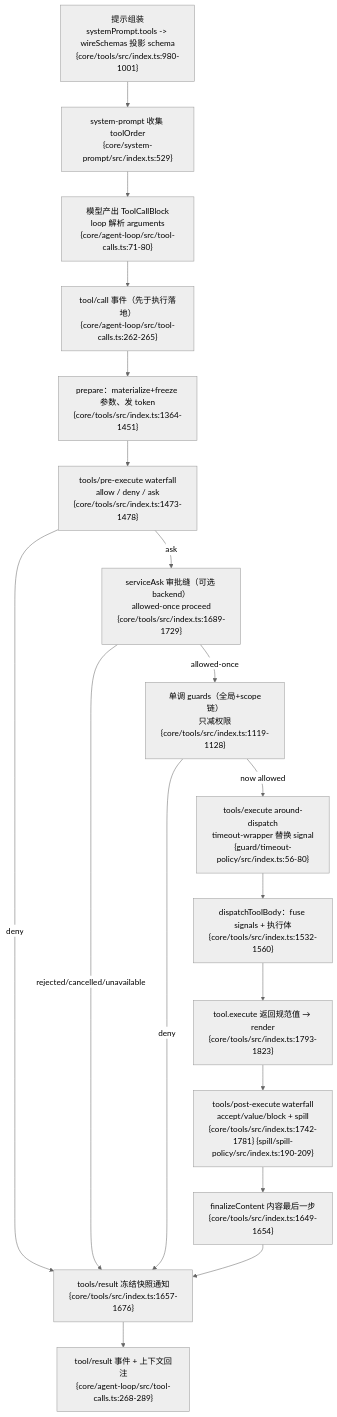
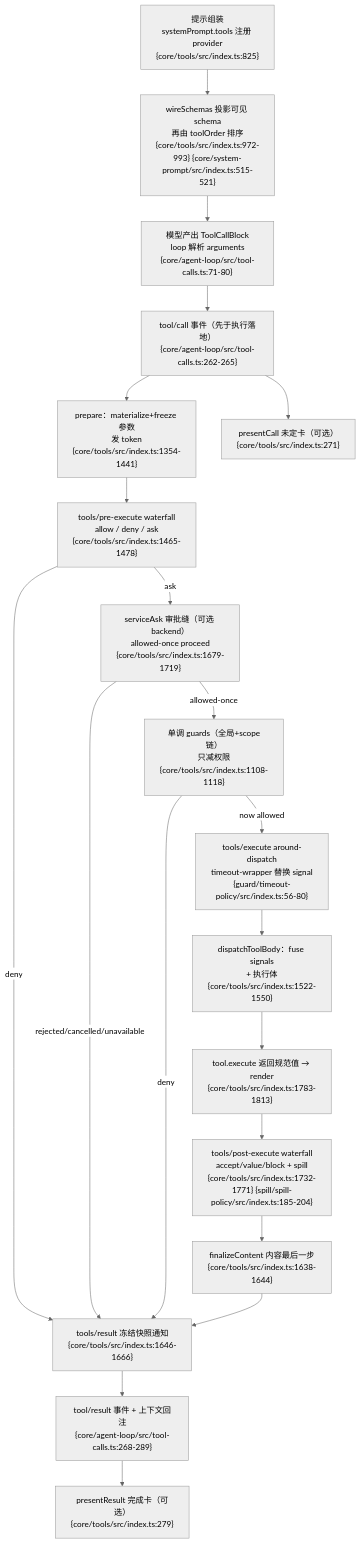
One commit to morehao/oss-insights changed the diagram in ai-agent/deepseek-harness/tools.md. Above: the diagram before and after it, drawn with Mermaid (neutral theme). The commit also changed other lines of this file and 27 other files, not shown here.

````diff
--- a/ai-agent/deepseek-harness/tools.md
+++ b/ai-agent/deepseek-harness/tools.md
@@ -124,27 +114,31 @@
 ```mermaid
 flowchart TD
-  A["提示组装<br>systemPrompt.tools -> wireSchemas 投影 schema<br>{core/tools/src/index.ts:980-1001}"]
-  B["system-prompt 收集 toolOrder<br>{core/system-prompt/src/index.ts:529}"]
+  A["提示组装<br>systemPrompt.tools 注册 provider<br>{core/tools/src/index.ts:825}"]
+  B["wireSchemas 投影可见 schema<br>再由 toolOrder 排序<br>{core/tools/src/index.ts:972-993} {core/system-prompt/src/index.ts:515-521}"]
   C["模型产出 ToolCallBlock<br>loop 解析 arguments<br>{core/agent-loop/src/tool-calls.ts:71-80}"]
   D["tool/call 事件（先于执行落地）<br>{core/agent-loop/src/tool-calls.ts:262-265}"]
-  E["prepare：materialize+freeze 参数、发 token<br>{core/tools/src/index.ts:1364-1451}"]
-  F["tools/pre-execute waterfall<br>allow / deny / ask<br>{core/tools/src/index.ts:1473-1478}"]
-  G["serviceAsk 审批缝（可选 backend）<br>allowed-once proceed<br>{core/tools/src/index.ts:1689-1729}"]
-  H["单调 guards（全局+scope链）<br>只减权限<br>{core/tools/src/index.ts:1119-1128}"]
+  E["prepare：materialize+freeze 参数<br>发 token<br>{core/tools/src/index.ts:1354-1441}"]
+  F["tools/pre-execute waterfall<br>allow / deny / ask<br>{core/tools/src/index.ts:1465-1478}"]
+  G["serviceAsk 审批缝（可选 backend）<br>allowed-once proceed<br>{core/tools/src/index.ts:1679-1719}"]
+  H["单调 guards（全局+scope链）<br>只减权限<br>{core/tools/src/index.ts:1108-1118}"]
   I["tools/execute around-dispatch<br>timeout-wrapper 替换 signal<br>{guard/timeout-policy/src/index.ts:56-80}"]
-  J["dispatchToolBody：fuse signals + 执行体<br>{core/tools/src/index.ts:1532-1560}"]
-  K["tool.execute 返回规范值 → render<br>{core/tools/src/index.ts:1793-1823}"]
-  L["tools/post-execute waterfall<br>accept/value/block + spill<br>{core/tools/src/index.ts:1742-1781} {spill/spill-policy/src/index.ts:190-209}"]
-  M["finalizeContent 内容最后一步<br>{core/tools/src/index.ts:1649-1654}"]
-  N["tools/result 冻结快照通知<br>{core/tools/src/index.ts:1657-1676}"]
+  J["dispatchToolBody：fuse signals<br>+ 执行体<br>{core/tools/src/index.ts:1522-1550}"]
+  K["tool.execute 返回规范值 → render<br>{core/tools/src/index.ts:1783-1813}"]
+  L["tools/post-execute waterfall<br>accept/value/block + spill<br>{core/tools/src/index.ts:1732-1771} {spill/spill-policy/src/index.ts:185-204}"]
+  M["finalizeContent 内容最后一步<br>{core/tools/src/index.ts:1638-1644}"]
+  N["tools/result 冻结快照通知<br>{core/tools/src/index.ts:1646-1666}"]
   O["tool/result 事件 + 上下文回注<br>{core/agent-loop/src/tool-calls.ts:268-289}"]
+  P["presentCall 未定卡（可选）<br>{core/tools/src/index.ts:271}"]
+  Q["presentResult 完成卡（可选）<br>{core/tools/src/index.ts:279}"]
   A --> B --> C --> D --> E --> F
+  D --> P
   F -->|ask| G
   F -->|deny| N
   G -->|allowed-once| H
   G -->|rejected/cancelled/unavailable| N
   H -->|deny| N
   H -->|now allowed| I
   I --> J --> K --> L --> M --> N
   N --> O
+  O --> Q
 ```
````
